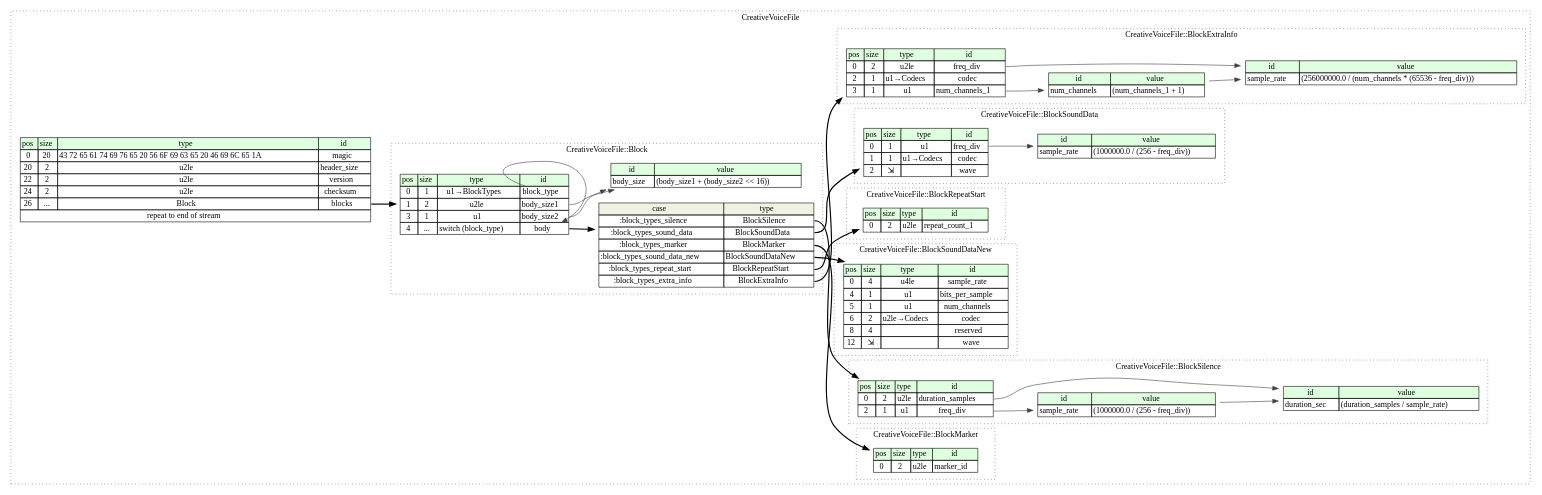
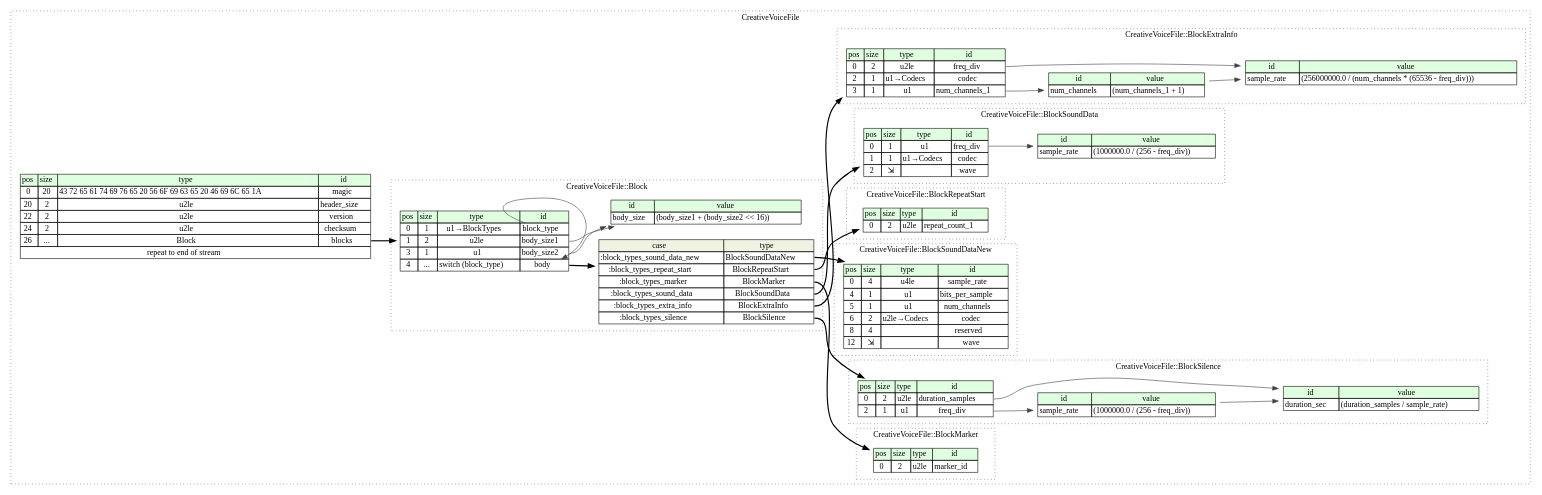
One commit to kaitai-io/formats-kaitai-io.github.io changed the diagram in creative_voice_file/src/graphviz/creative_voice_file.dot. Above: the diagram before and after it, drawn with Graphviz. The commit also changed 2419 other files, not shown here.

```diff
--- a/creative_voice_file/src/graphviz/creative_voice_file.dot
+++ b/creative_voice_file/src/graphviz/creative_voice_file.dot
@@ -1,145 +1,145 @@
 digraph {
 	rankdir=LR;
 	node [shape=plaintext];
 	subgraph cluster__creative_voice_file {
 		label="CreativeVoiceFile";
 		graph[style=dotted];
 
 		creative_voice_file__seq [label=<<TABLE BORDER="0" CELLBORDER="1" CELLSPACING="0">
 			<TR><TD BGCOLOR="#E0FFE0">pos</TD><TD BGCOLOR="#E0FFE0">size</TD><TD BGCOLOR="#E0FFE0">type</TD><TD BGCOLOR="#E0FFE0">id</TD></TR>
 			<TR><TD PORT="magic_pos">0</TD><TD PORT="magic_size">20</TD><TD>43 72 65 61 74 69 76 65 20 56 6F 69 63 65 20 46 69 6C 65 1A</TD><TD PORT="magic_type">magic</TD></TR>
 			<TR><TD PORT="header_size_pos">20</TD><TD PORT="header_size_size">2</TD><TD>u2le</TD><TD PORT="header_size_type">header_size</TD></TR>
 			<TR><TD PORT="version_pos">22</TD><TD PORT="version_size">2</TD><TD>u2le</TD><TD PORT="version_type">version</TD></TR>
 			<TR><TD PORT="checksum_pos">24</TD><TD PORT="checksum_size">2</TD><TD>u2le</TD><TD PORT="checksum_type">checksum</TD></TR>
 			<TR><TD PORT="blocks_pos">26</TD><TD PORT="blocks_size">...</TD><TD>Block</TD><TD PORT="blocks_type">blocks</TD></TR>
 			<TR><TD COLSPAN="4" PORT="blocks__repeat">repeat to end of stream</TD></TR>
 		</TABLE>>];
 		subgraph cluster__block_marker {
 			label="CreativeVoiceFile::BlockMarker";
 			graph[style=dotted];
 
 			block_marker__seq [label=<<TABLE BORDER="0" CELLBORDER="1" CELLSPACING="0">
 				<TR><TD BGCOLOR="#E0FFE0">pos</TD><TD BGCOLOR="#E0FFE0">size</TD><TD BGCOLOR="#E0FFE0">type</TD><TD BGCOLOR="#E0FFE0">id</TD></TR>
 				<TR><TD PORT="marker_id_pos">0</TD><TD PORT="marker_id_size">2</TD><TD>u2le</TD><TD PORT="marker_id_type">marker_id</TD></TR>
 			</TABLE>>];
 		}
 		subgraph cluster__block_silence {
 			label="CreativeVoiceFile::BlockSilence";
 			graph[style=dotted];
 
 			block_silence__seq [label=<<TABLE BORDER="0" CELLBORDER="1" CELLSPACING="0">
 				<TR><TD BGCOLOR="#E0FFE0">pos</TD><TD BGCOLOR="#E0FFE0">size</TD><TD BGCOLOR="#E0FFE0">type</TD><TD BGCOLOR="#E0FFE0">id</TD></TR>
 				<TR><TD PORT="duration_samples_pos">0</TD><TD PORT="duration_samples_size">2</TD><TD>u2le</TD><TD PORT="duration_samples_type">duration_samples</TD></TR>
 				<TR><TD PORT="freq_div_pos">2</TD><TD PORT="freq_div_size">1</TD><TD>u1</TD><TD PORT="freq_div_type">freq_div</TD></TR>
 			</TABLE>>];
 			block_silence__inst__sample_rate [label=<<TABLE BORDER="0" CELLBORDER="1" CELLSPACING="0">
 				<TR><TD BGCOLOR="#E0FFE0">id</TD><TD BGCOLOR="#E0FFE0">value</TD></TR>
 				<TR><TD>sample_rate</TD><TD>(1000000.0 / (256 - freq_div))</TD></TR>
 			</TABLE>>];
 			block_silence__inst__duration_sec [label=<<TABLE BORDER="0" CELLBORDER="1" CELLSPACING="0">
 				<TR><TD BGCOLOR="#E0FFE0">id</TD><TD BGCOLOR="#E0FFE0">value</TD></TR>
 				<TR><TD>duration_sec</TD><TD>(duration_samples / sample_rate)</TD></TR>
 			</TABLE>>];
 		}
 		subgraph cluster__block_sound_data_new {
 			label="CreativeVoiceFile::BlockSoundDataNew";
 			graph[style=dotted];
 
 			block_sound_data_new__seq [label=<<TABLE BORDER="0" CELLBORDER="1" CELLSPACING="0">
 				<TR><TD BGCOLOR="#E0FFE0">pos</TD><TD BGCOLOR="#E0FFE0">size</TD><TD BGCOLOR="#E0FFE0">type</TD><TD BGCOLOR="#E0FFE0">id</TD></TR>
 				<TR><TD PORT="sample_rate_pos">0</TD><TD PORT="sample_rate_size">4</TD><TD>u4le</TD><TD PORT="sample_rate_type">sample_rate</TD></TR>
 				<TR><TD PORT="bits_per_sample_pos">4</TD><TD PORT="bits_per_sample_size">1</TD><TD>u1</TD><TD PORT="bits_per_sample_type">bits_per_sample</TD></TR>
 				<TR><TD PORT="num_channels_pos">5</TD><TD PORT="num_channels_size">1</TD><TD>u1</TD><TD PORT="num_channels_type">num_channels</TD></TR>
 				<TR><TD PORT="codec_pos">6</TD><TD PORT="codec_size">2</TD><TD>u2le→Codecs</TD><TD PORT="codec_type">codec</TD></TR>
 				<TR><TD PORT="reserved_pos">8</TD><TD PORT="reserved_size">4</TD><TD></TD><TD PORT="reserved_type">reserved</TD></TR>
 				<TR><TD PORT="wave_pos">12</TD><TD PORT="wave_size">⇲</TD><TD></TD><TD PORT="wave_type">wave</TD></TR>
 			</TABLE>>];
 		}
 		subgraph cluster__block {
 			label="CreativeVoiceFile::Block";
 			graph[style=dotted];
 
 			block__seq [label=<<TABLE BORDER="0" CELLBORDER="1" CELLSPACING="0">
 				<TR><TD BGCOLOR="#E0FFE0">pos</TD><TD BGCOLOR="#E0FFE0">size</TD><TD BGCOLOR="#E0FFE0">type</TD><TD BGCOLOR="#E0FFE0">id</TD></TR>
 				<TR><TD PORT="block_type_pos">0</TD><TD PORT="block_type_size">1</TD><TD>u1→BlockTypes</TD><TD PORT="block_type_type">block_type</TD></TR>
 				<TR><TD PORT="body_size1_pos">1</TD><TD PORT="body_size1_size">2</TD><TD>u2le</TD><TD PORT="body_size1_type">body_size1</TD></TR>
 				<TR><TD PORT="body_size2_pos">3</TD><TD PORT="body_size2_size">1</TD><TD>u1</TD><TD PORT="body_size2_type">body_size2</TD></TR>
 				<TR><TD PORT="body_pos">4</TD><TD PORT="body_size">...</TD><TD>switch (block_type)</TD><TD PORT="body_type">body</TD></TR>
 			</TABLE>>];
 			block__inst__body_size [label=<<TABLE BORDER="0" CELLBORDER="1" CELLSPACING="0">
 				<TR><TD BGCOLOR="#E0FFE0">id</TD><TD BGCOLOR="#E0FFE0">value</TD></TR>
 				<TR><TD>body_size</TD><TD>(body_size1 + (body_size2 &lt;&lt; 16))</TD></TR>
 			</TABLE>>];
 block__seq_body_switch [label=<<TABLE BORDER="0" CELLBORDER="1" CELLSPACING="0">
 	<TR><TD BGCOLOR="#F0F2E4">case</TD><TD BGCOLOR="#F0F2E4">type</TD></TR>
-	<TR><TD>:block_types_silence</TD><TD PORT="case0">BlockSilence</TD></TR>
-	<TR><TD>:block_types_sound_data</TD><TD PORT="case1">BlockSoundData</TD></TR>
+	<TR><TD>:block_types_sound_data_new</TD><TD PORT="case0">BlockSoundDataNew</TD></TR>
+	<TR><TD>:block_types_repeat_start</TD><TD PORT="case1">BlockRepeatStart</TD></TR>
 	<TR><TD>:block_types_marker</TD><TD PORT="case2">BlockMarker</TD></TR>
-	<TR><TD>:block_types_sound_data_new</TD><TD PORT="case3">BlockSoundDataNew</TD></TR>
-	<TR><TD>:block_types_repeat_start</TD><TD PORT="case4">BlockRepeatStart</TD></TR>
-	<TR><TD>:block_types_extra_info</TD><TD PORT="case5">BlockExtraInfo</TD></TR>
+	<TR><TD>:block_types_sound_data</TD><TD PORT="case3">BlockSoundData</TD></TR>
+	<TR><TD>:block_types_extra_info</TD><TD PORT="case4">BlockExtraInfo</TD></TR>
+	<TR><TD>:block_types_silence</TD><TD PORT="case5">BlockSilence</TD></TR>
 </TABLE>>];
 		}
 		subgraph cluster__block_repeat_start {
 			label="CreativeVoiceFile::BlockRepeatStart";
 			graph[style=dotted];
 
 			block_repeat_start__seq [label=<<TABLE BORDER="0" CELLBORDER="1" CELLSPACING="0">
 				<TR><TD BGCOLOR="#E0FFE0">pos</TD><TD BGCOLOR="#E0FFE0">size</TD><TD BGCOLOR="#E0FFE0">type</TD><TD BGCOLOR="#E0FFE0">id</TD></TR>
 				<TR><TD PORT="repeat_count_1_pos">0</TD><TD PORT="repeat_count_1_size">2</TD><TD>u2le</TD><TD PORT="repeat_count_1_type">repeat_count_1</TD></TR>
 			</TABLE>>];
 		}
 		subgraph cluster__block_sound_data {
 			label="CreativeVoiceFile::BlockSoundData";
 			graph[style=dotted];
 
 			block_sound_data__seq [label=<<TABLE BORDER="0" CELLBORDER="1" CELLSPACING="0">
 				<TR><TD BGCOLOR="#E0FFE0">pos</TD><TD BGCOLOR="#E0FFE0">size</TD><TD BGCOLOR="#E0FFE0">type</TD><TD BGCOLOR="#E0FFE0">id</TD></TR>
 				<TR><TD PORT="freq_div_pos">0</TD><TD PORT="freq_div_size">1</TD><TD>u1</TD><TD PORT="freq_div_type">freq_div</TD></TR>
 				<TR><TD PORT="codec_pos">1</TD><TD PORT="codec_size">1</TD><TD>u1→Codecs</TD><TD PORT="codec_type">codec</TD></TR>
 				<TR><TD PORT="wave_pos">2</TD><TD PORT="wave_size">⇲</TD><TD></TD><TD PORT="wave_type">wave</TD></TR>
 			</TABLE>>];
 			block_sound_data__inst__sample_rate [label=<<TABLE BORDER="0" CELLBORDER="1" CELLSPACING="0">
 				<TR><TD BGCOLOR="#E0FFE0">id</TD><TD BGCOLOR="#E0FFE0">value</TD></TR>
 				<TR><TD>sample_rate</TD><TD>(1000000.0 / (256 - freq_div))</TD></TR>
 			</TABLE>>];
 		}
 		subgraph cluster__block_extra_info {
 			label="CreativeVoiceFile::BlockExtraInfo";
 			graph[style=dotted];
 
 			block_extra_info__seq [label=<<TABLE BORDER="0" CELLBORDER="1" CELLSPACING="0">
 				<TR><TD BGCOLOR="#E0FFE0">pos</TD><TD BGCOLOR="#E0FFE0">size</TD><TD BGCOLOR="#E0FFE0">type</TD><TD BGCOLOR="#E0FFE0">id</TD></TR>
 				<TR><TD PORT="freq_div_pos">0</TD><TD PORT="freq_div_size">2</TD><TD>u2le</TD><TD PORT="freq_div_type">freq_div</TD></TR>
 				<TR><TD PORT="codec_pos">2</TD><TD PORT="codec_size">1</TD><TD>u1→Codecs</TD><TD PORT="codec_type">codec</TD></TR>
 				<TR><TD PORT="num_channels_1_pos">3</TD><TD PORT="num_channels_1_size">1</TD><TD>u1</TD><TD PORT="num_channels_1_type">num_channels_1</TD></TR>
 			</TABLE>>];
 			block_extra_info__inst__num_channels [label=<<TABLE BORDER="0" CELLBORDER="1" CELLSPACING="0">
 				<TR><TD BGCOLOR="#E0FFE0">id</TD><TD BGCOLOR="#E0FFE0">value</TD></TR>
 				<TR><TD>num_channels</TD><TD>(num_channels_1 + 1)</TD></TR>
 			</TABLE>>];
 			block_extra_info__inst__sample_rate [label=<<TABLE BORDER="0" CELLBORDER="1" CELLSPACING="0">
 				<TR><TD BGCOLOR="#E0FFE0">id</TD><TD BGCOLOR="#E0FFE0">value</TD></TR>
 				<TR><TD>sample_rate</TD><TD>(256000000.0 / (num_channels * (65536 - freq_div)))</TD></TR>
 			</TABLE>>];
 		}
 	}
 	creative_voice_file__seq:blocks_type -> block__seq [style=bold];
 	block_silence__seq:freq_div_type -> block_silence__inst__sample_rate [color="#404040"];
 	block_silence__seq:duration_samples_type -> block_silence__inst__duration_sec [color="#404040"];
 	block_silence__inst__sample_rate:sample_rate_type -> block_silence__inst__duration_sec [color="#404040"];
 	block__seq:body_type -> block__seq_body_switch [style=bold];
-	block__seq_body_switch:case0 -> block_silence__seq [style=bold];
-	block__seq_body_switch:case1 -> block_sound_data__seq [style=bold];
+	block__seq_body_switch:case0 -> block_sound_data_new__seq [style=bold];
+	block__seq_body_switch:case1 -> block_repeat_start__seq [style=bold];
 	block__seq_body_switch:case2 -> block_marker__seq [style=bold];
-	block__seq_body_switch:case3 -> block_sound_data_new__seq [style=bold];
-	block__seq_body_switch:case4 -> block_repeat_start__seq [style=bold];
-	block__seq_body_switch:case5 -> block_extra_info__seq [style=bold];
+	block__seq_body_switch:case3 -> block_sound_data__seq [style=bold];
+	block__seq_body_switch:case4 -> block_extra_info__seq [style=bold];
+	block__seq_body_switch:case5 -> block_silence__seq [style=bold];
 	block__seq:block_type_type -> block__seq:body_type [color="#404040"];
 	block__seq:body_size1_type -> block__inst__body_size [color="#404040"];
 	block__seq:body_size2_type -> block__inst__body_size [color="#404040"];
 	block_sound_data__seq:freq_div_type -> block_sound_data__inst__sample_rate [color="#404040"];
 	block_extra_info__seq:num_channels_1_type -> block_extra_info__inst__num_channels [color="#404040"];
 	block_extra_info__inst__num_channels:num_channels_type -> block_extra_info__inst__sample_rate [color="#404040"];
 	block_extra_info__seq:freq_div_type -> block_extra_info__inst__sample_rate [color="#404040"];
 }
```
